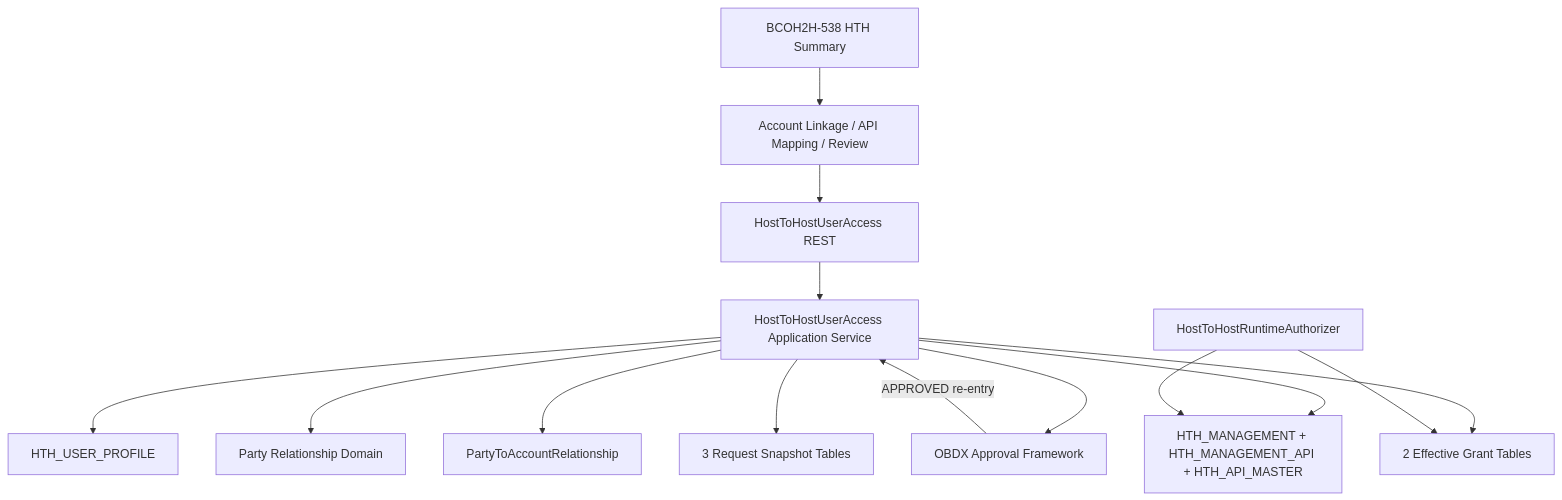
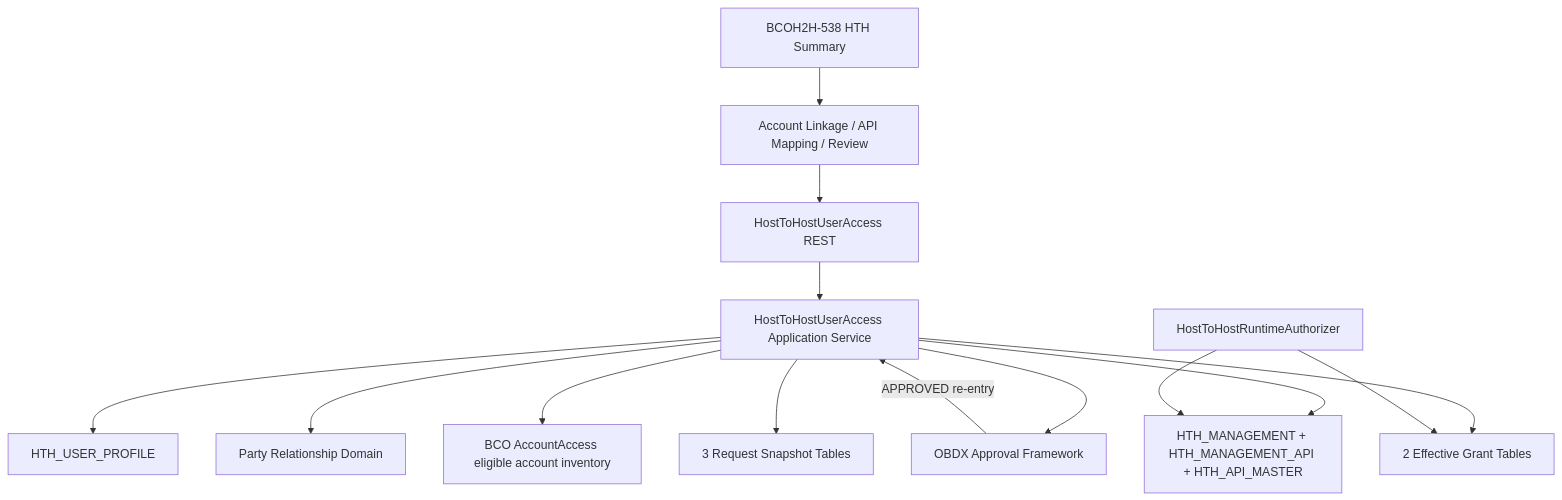
One commit to BEA-WilliamWu/mcdp-h5-demo-int changed the first of 3 diagrams in story/User Accounts & Services Access/BCOH2H-595-TECHNICAL-DESIGN.md. Above: the diagram before and after it, drawn with Mermaid. The commit also changed other lines of this file and 38 other files, not shown here.

````diff
--- a/story/User Accounts & Services Access/BCOH2H-595-TECHNICAL-DESIGN.md
+++ b/story/User Accounts & Services Access/BCOH2H-595-TECHNICAL-DESIGN.md
@@ -39,16 +39,16 @@
 ```mermaid
 flowchart TB
     SUMMARY["BCOH2H-538 HTH Summary"] --> UI["Account Linkage / API Mapping / Review"]
     UI --> REST["HostToHostUserAccess REST"]
     REST --> SERVICE["HostToHostUserAccess Application Service"]
     SERVICE --> PROFILE["HTH_USER_PROFILE"]
     SERVICE --> REL["Party Relationship Domain"]
-    SERVICE --> PORTFOLIO["PartyToAccountRelationship"]
+    SERVICE --> PORTFOLIO["BCO AccountAccess eligible account inventory"]
     SERVICE --> CATALOG["HTH_MANAGEMENT + HTH_MANAGEMENT_API + HTH_API_MASTER"]
     SERVICE --> APPROVAL["OBDX Approval Framework"]
     SERVICE --> REQUEST["3 Request Snapshot Tables"]
     APPROVAL -->|APPROVED re-entry| SERVICE
     SERVICE --> EFFECTIVE["2 Effective Grant Tables"]
     AUTH["HostToHostRuntimeAuthorizer"] --> EFFECTIVE
     AUTH --> CATALOG
 ```
````
